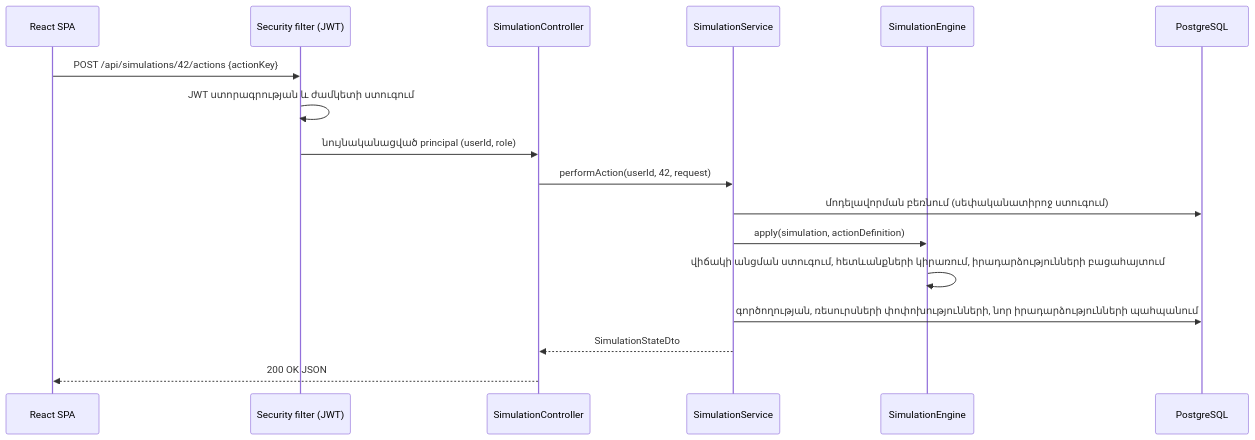
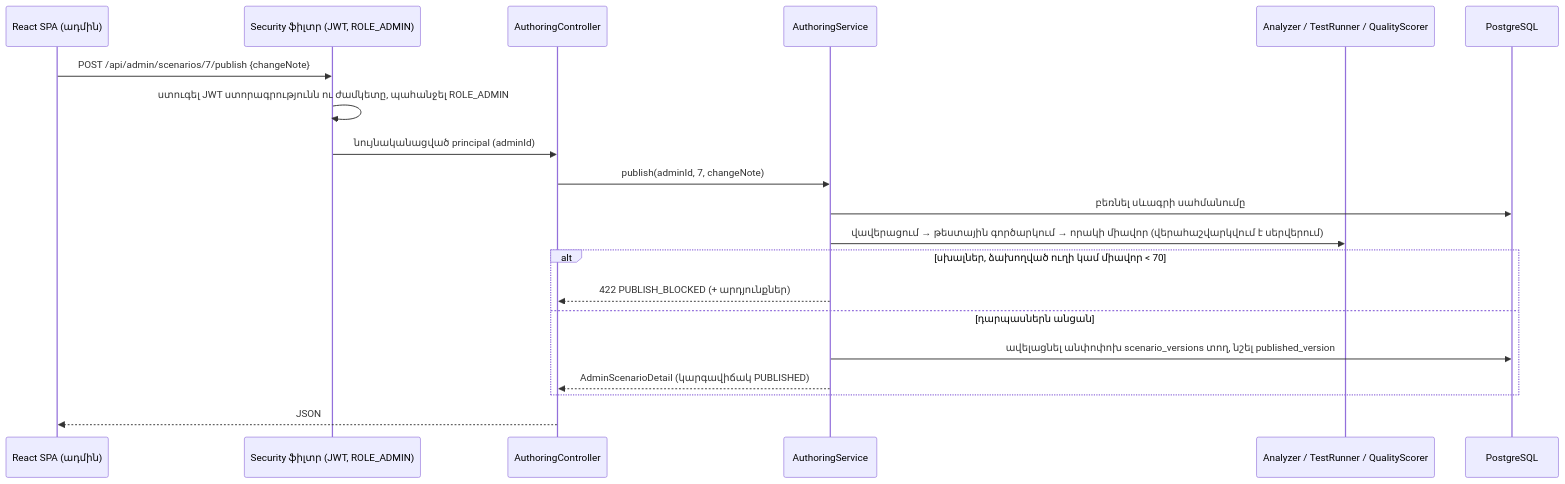
The fourth of 4 diagrams in docs/hy/04-system-architecture.md (baghdasaryanzenfira-spec/cyber-sim), drawn with Mermaid before and after one commit. The commit also changed other lines of this file and 37 other files, not shown here.

````diff
--- a/docs/hy/04-system-architecture.md
+++ b/docs/hy/04-system-architecture.md
@@ -147,19 +191,22 @@
 ```mermaid
 sequenceDiagram
-  participant UI as React SPA
-  participant SEC as Security filter (JWT)
-  participant C as SimulationController
-  participant S as SimulationService
-  participant E as SimulationEngine
+  participant UI as React SPA (ադմին)
+  participant SEC as Security ֆիլտր (JWT, ROLE_ADMIN)
+  participant C as AuthoringController
+  participant S as AuthoringService
+  participant P as Analyzer / TestRunner / QualityScorer
   participant DB as PostgreSQL
-  UI->>SEC: POST /api/simulations/42/actions {actionKey}
-  SEC->>SEC: JWT ստորագրության և ժամկետի ստուգում
-  SEC->>C: նույնականացված principal (userId, role)
-  C->>S: performAction(userId, 42, request)
-  S->>DB: մոդելավորման բեռնում (սեփականատիրոջ ստուգում)
-  S->>E: apply(simulation, actionDefinition)
-  E->>E: վիճակի անցման ստուգում, հետևանքների կիրառում, իրադարձությունների բացահայտում
-  S->>DB: գործողության, ռեսուրսների փոփոխությունների, նոր իրադարձությունների պահպանում
-  S-->>C: SimulationStateDto
-  C-->>UI: 200 OK JSON
+  UI->>SEC: POST /api/admin/scenarios/7/publish {changeNote}
+  SEC->>SEC: ստուգել JWT ստորագրությունն ու ժամկետը, պահանջել ROLE_ADMIN
+  SEC->>C: նույնականացված principal (adminId)
+  C->>S: publish(adminId, 7, changeNote)
+  S->>DB: բեռնել սևագրի սահմանումը
+  S->>P: վավերացում → թեստային գործարկում → որակի միավոր (վերահաշվարկվում է սերվերում)
+  alt սխալներ, ձախողված ուղի կամ միավոր < 70
+    S-->>C: 422 PUBLISH_BLOCKED (+ արդյունքներ)
+  else դարպասներն անցան
+    S->>DB: ավելացնել անփոփոխ scenario_versions տող, նշել published_version
+    S-->>C: AdminScenarioDetail (կարգավիճակ PUBLISHED)
+  end
+  C-->>UI: JSON
 ```
````
